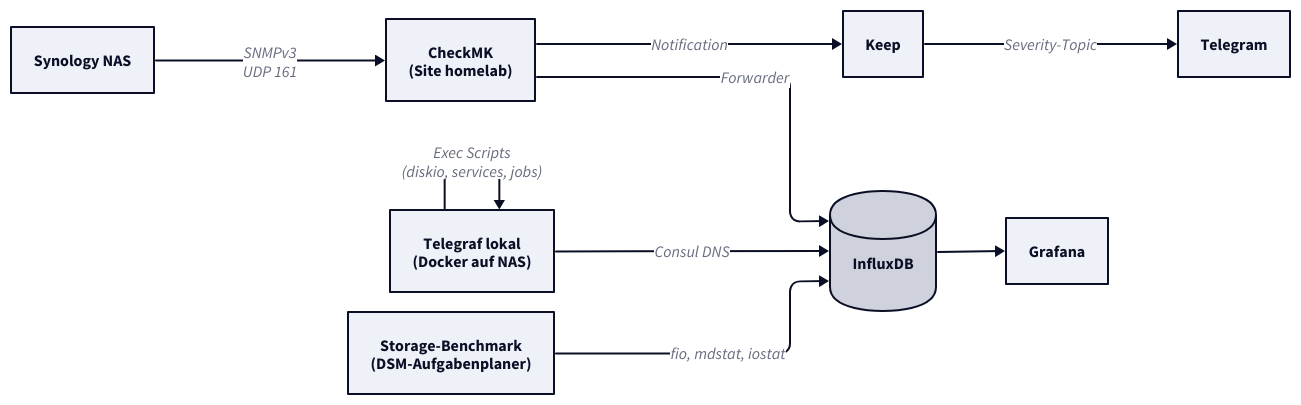
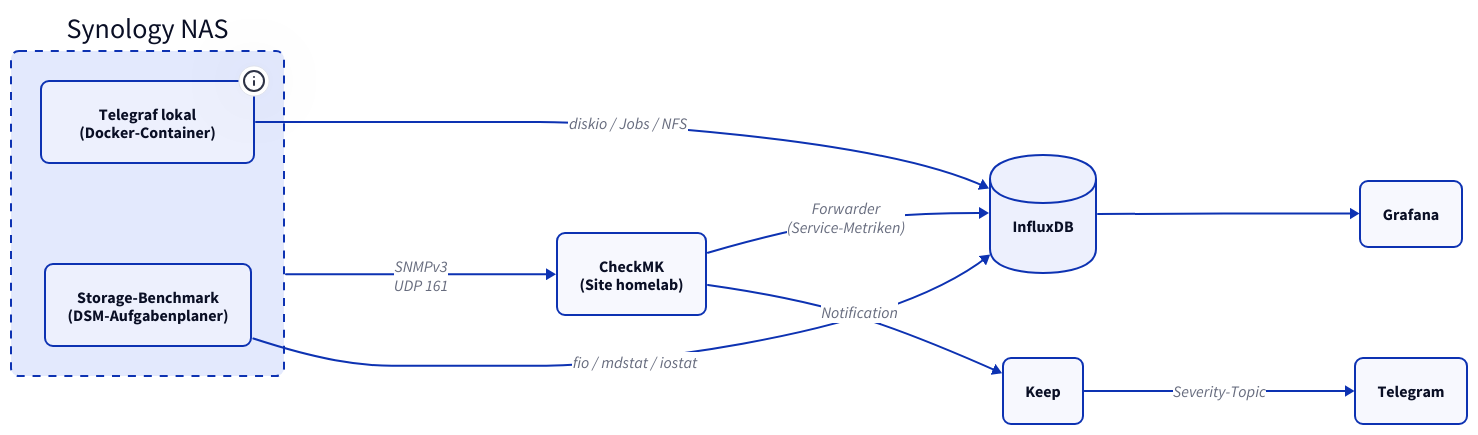
Before and after one commit to derever-labs/homelab-wiki: the diagram in docs/synology-monitoring/index.md, drawn with D2. The commit also changed 8 other files, not shown here.

````diff
--- a/docs/synology-monitoring/index.md
+++ b/docs/synology-monitoring/index.md
@@ -36,36 +36,32 @@
 ```d2
-vars: {
-  d2-config: {
-    theme-id: 1
-    layout-engine: elk
-  }
+direction: right
+
+classes: {
+  node: { style: { border-radius: 8 } }
+  container: { style: { border-radius: 8; stroke-dash: 4 } }
+  db: { shape: cylinder }
 }
 
-classes: {
-  node: {
-    style: {
-      border-radius: 8
-    }
+nas: Synology NAS {
+  class: container
+  tel: "Telegraf lokal\n(Docker-Container)" {
+    class: node
+    tooltip: "diskio, nas_background_jobs, nfs_server_threads, cpu/mem/system/net"
   }
+  bench: "Storage-Benchmark\n(DSM-Aufgabenplaner)" { class: node }
 }
 
-direction: right
+cmk: "CheckMK\n(Site homelab)" { class: node }
+influx: InfluxDB { class: db }
+graf: Grafana { class: node }
+keep: Keep { class: node }
+tg: Telegram { class: node }
 
-NAS: Synology NAS
-CMK: "CheckMK\n(Site homelab)"
-TEL_LOCAL: "Telegraf lokal\n(Docker auf NAS)"
-BENCH: "Storage-Benchmark\n(DSM-Aufgabenplaner)"
-INFLUX: InfluxDB { shape: cylinder }
-GRAF: Grafana
-KEEP: Keep
-TG: Telegram
-
-NAS -> CMK: "SNMPv3\nUDP 161"
-CMK -> INFLUX: Forwarder
-TEL_LOCAL -> TEL_LOCAL: "Exec Scripts\n(diskio, services, jobs)"
-TEL_LOCAL -> INFLUX: Consul DNS
-BENCH -> INFLUX: "fio, mdstat, iostat"
-INFLUX -> GRAF
-CMK -> KEEP: Notification
-KEEP -> TG: "Severity-Topic"
+nas -> cmk: "SNMPv3\nUDP 161"
+cmk -> influx: "Forwarder\n(Service-Metriken)"
+nas.tel -> influx: "diskio / Jobs / NFS"
+nas.bench -> influx: "fio / mdstat / iostat"
+influx -> graf
+cmk -> keep: Notification
+keep -> tg: Severity-Topic
 ```
````
